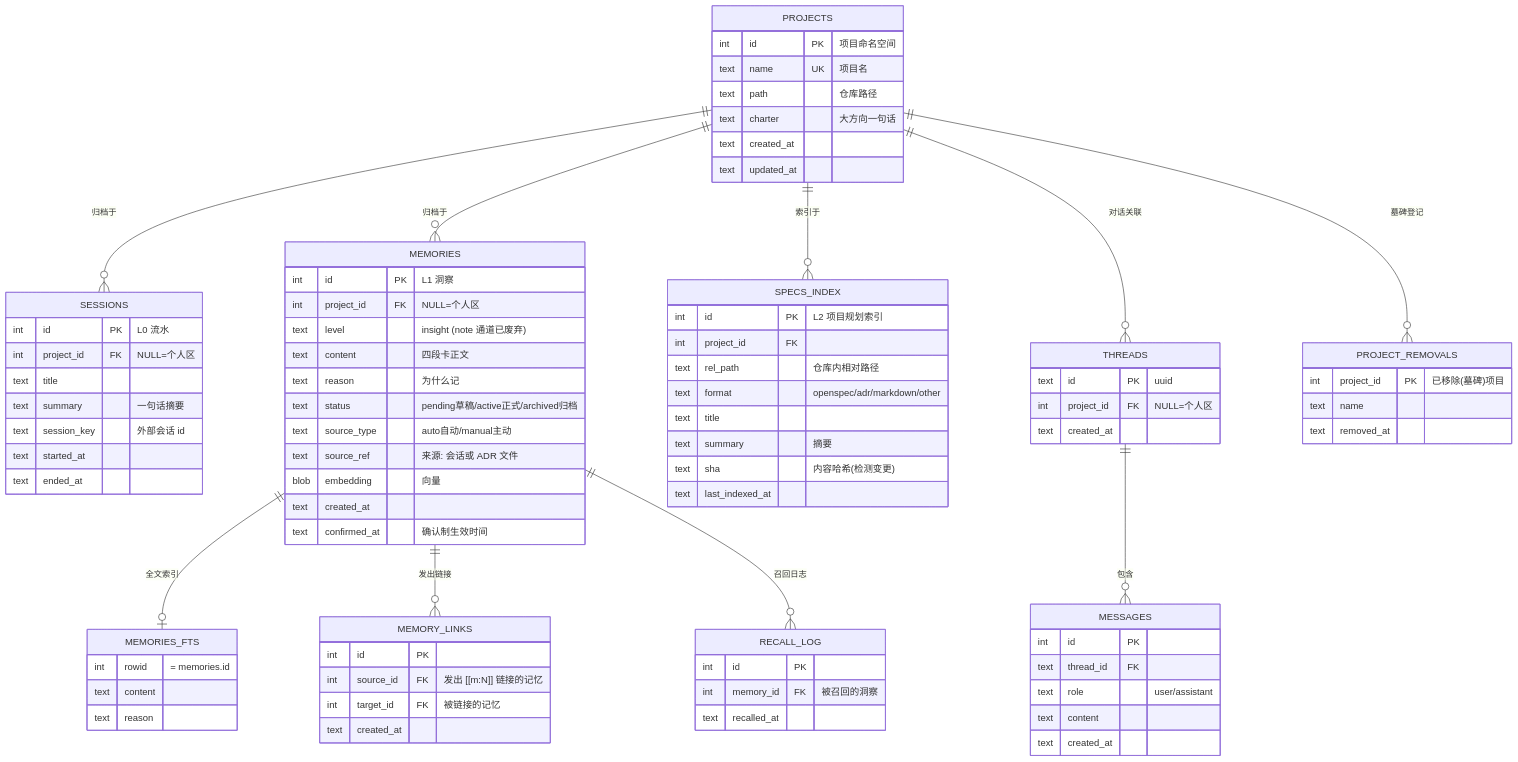
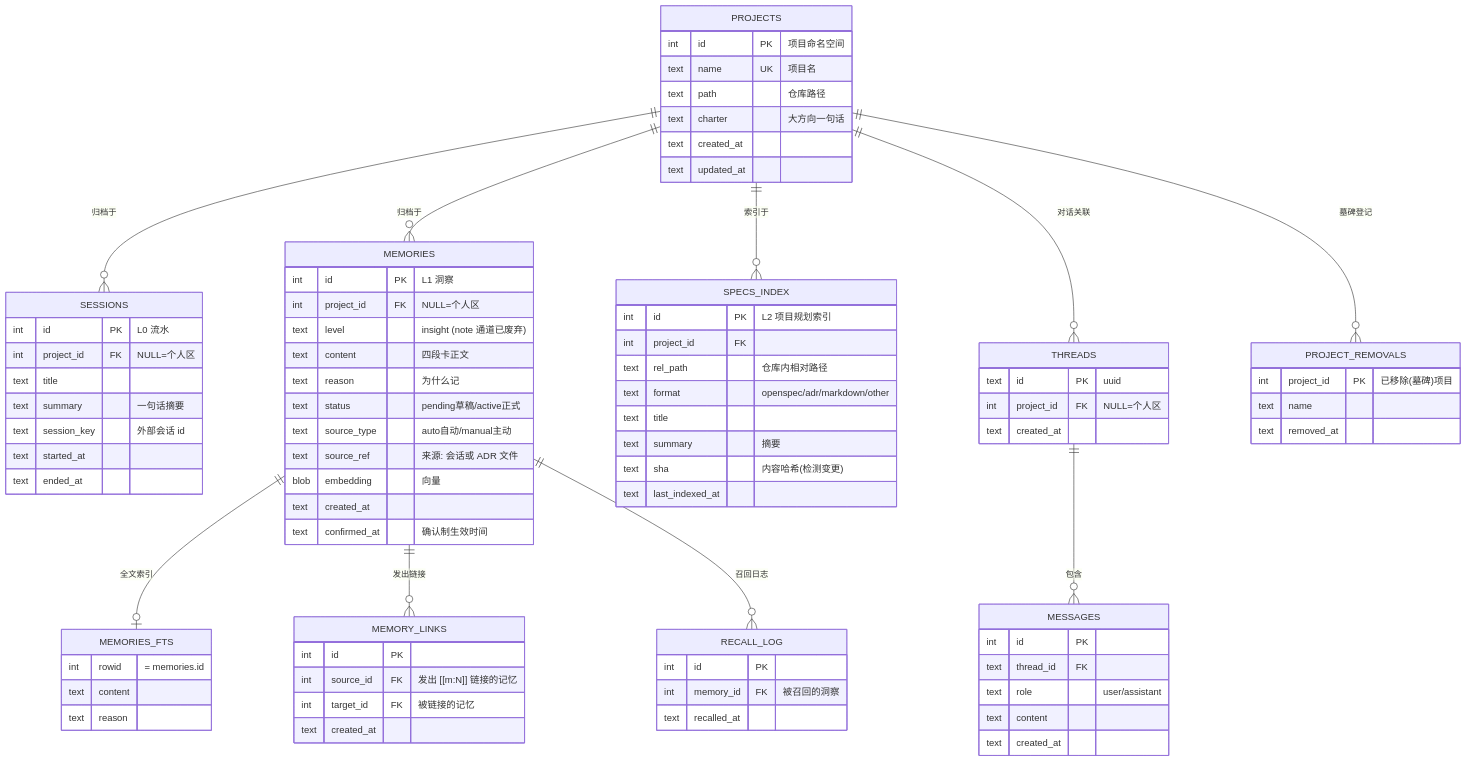
The first of 5 diagrams in docs/CONCEPTS.md (ljzRober/L-clone), drawn with Mermaid before and after one commit. The commit also changed 3 other files, not shown here.

```diff
--- a/docs/CONCEPTS.md
+++ b/docs/CONCEPTS.md
@@ -161,7 +161,7 @@
         text level "insight (note 通道已废弃)"
         text content "四段卡正文"
         text reason "为什么记"
-        text status "pending草稿/active正式/archived归档"
+        text status "pending草稿/active正式"
         text source_type "auto自动/manual主动"
         text source_ref "来源: 会话或 ADR 文件"
         blob embedding "向量"
```
